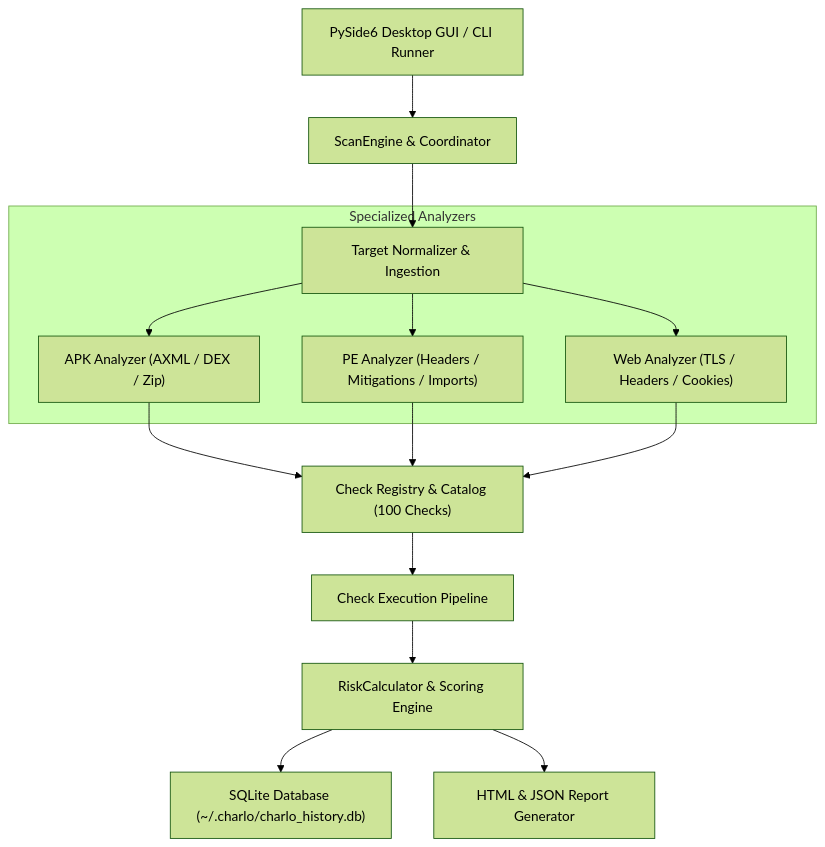
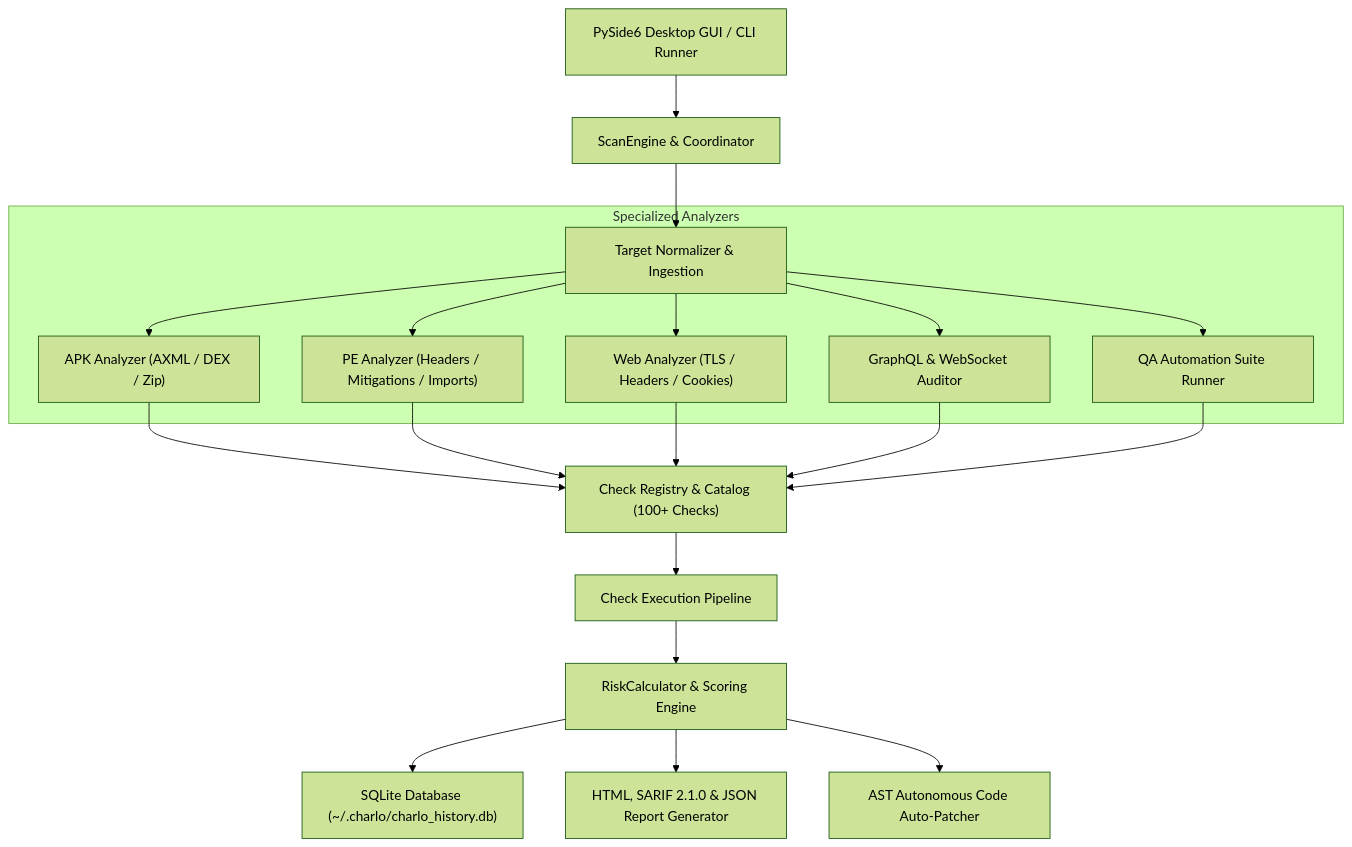
The diagram in README.md (cbagh0819-ctrl/charlo-testing-agent), drawn with Mermaid (forest theme) before and after one commit. The commit also changed other lines of this file, not shown here.

Commit message:
docs: add live website badges, 1-click batch launcher, and SARIF docs to README

````diff
--- a/README.md
+++ b/README.md
@@ -52,21 +66,26 @@
 ```mermaid
 flowchart TD
     UI["PySide6 Desktop GUI / CLI Runner"] --> Coordinator["ScanEngine & Coordinator"]
     Coordinator --> Normalizer["Target Normalizer & Ingestion"]
     
     subgraph Analyzers ["Specialized Analyzers"]
         Normalizer --> APK["APK Analyzer (AXML / DEX / Zip)"]
         Normalizer --> EXE["PE Analyzer (Headers / Mitigations / Imports)"]
         Normalizer --> WEB["Web Analyzer (TLS / Headers / Cookies)"]
+        Normalizer --> GRAPH["GraphQL & WebSocket Auditor"]
+        Normalizer --> QA["QA Automation Suite Runner"]
     end
     
-    APK --> Registry["Check Registry & Catalog (100 Checks)"]
+    APK --> Registry["Check Registry & Catalog (100+ Checks)"]
     EXE --> Registry
     WEB --> Registry
+    GRAPH --> Registry
+    QA --> Registry
     
     Registry --> Execution["Check Execution Pipeline"]
     Execution --> Scorer["RiskCalculator & Scoring Engine"]
     
     Scorer --> Storage["SQLite Database (~/.charlo/charlo_history.db)"]
-    Scorer --> Reporter["HTML & JSON Report Generator"]
+    Scorer --> Reporter["HTML, SARIF 2.1.0 & JSON Report Generator"]
+    Scorer --> AutoPatch["AST Autonomous Code Auto-Patcher"]
 ```
````
